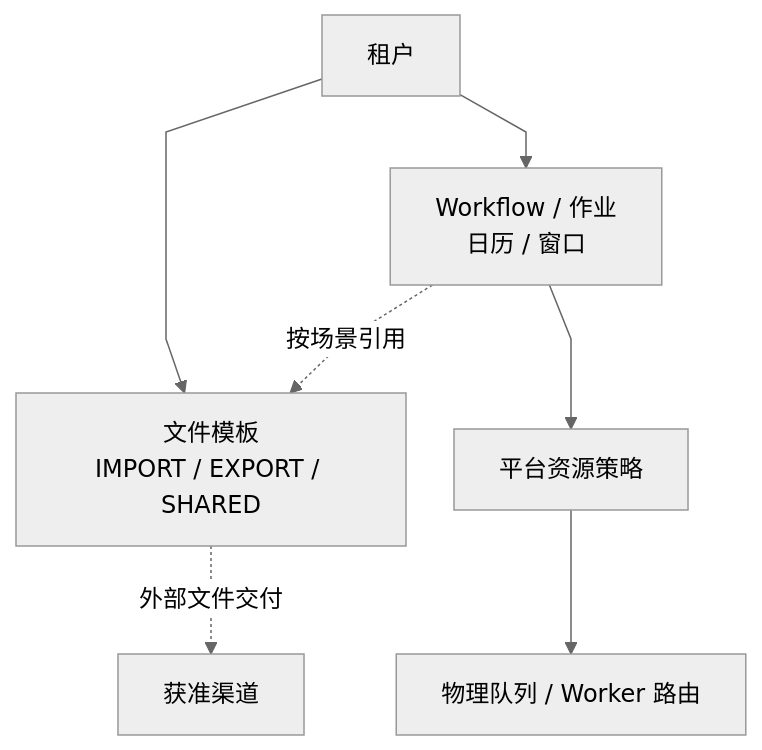
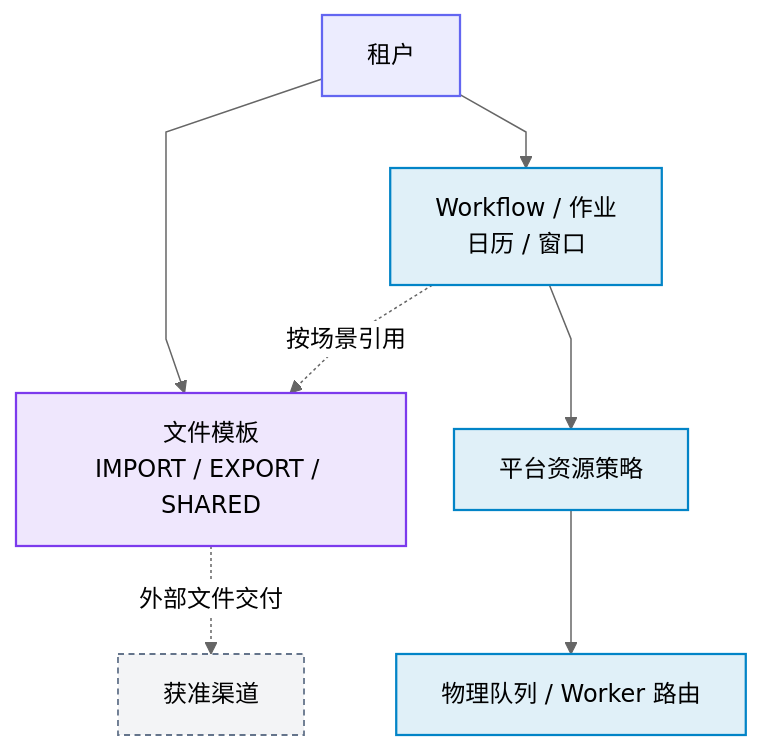
The diagram in docs/runbook/first-tenant-config-quickstart.md (pinpols/file-batch-system), drawn with Mermaid (neutral theme) before and after one commit. The commit also changed 34 other files, not shown here.

First line of the commit message:
docs(diagram): 完成 P3 Mermaid 图样式收口并补充制图规范 (#1390)

````diff
--- a/docs/runbook/first-tenant-config-quickstart.md
+++ b/docs/runbook/first-tenant-config-quickstart.md
@@ -9,10 +9,15 @@
 ```mermaid
 %%{init: {"flowchart":{"curve":"linear","nodeSpacing":32,"rankSpacing":48},"sequence":{"mirrorActors":false}}}%%
 flowchart TB
-  TENANT["租户"] --> BUSINESS["Workflow / 作业<br/>日历 / 窗口"]
-  TENANT --> TEMPLATE["文件模板<br/>IMPORT / EXPORT / SHARED"]
+  TENANT["租户"]:::entry --> BUSINESS["Workflow / 作业<br/>日历 / 窗口"]:::control
+  TENANT --> TEMPLATE["文件模板<br/>IMPORT / EXPORT / SHARED"]:::store
   BUSINESS -. "按场景引用" .-> TEMPLATE
-  TEMPLATE -. "外部文件交付" .-> CHANNEL["获准渠道"]
-  BUSINESS --> POLICY["平台资源策略"]
-  POLICY --> ROUTE["物理队列 / Worker 路由"]
+  TEMPLATE -. "外部文件交付" .-> CHANNEL["获准渠道"]:::ext
+  BUSINESS --> POLICY["平台资源策略"]:::control
+  POLICY --> ROUTE["物理队列 / Worker 路由"]:::control
+
+  classDef entry fill:#6366f11f,stroke:#6366f1,stroke-width:1.5px
+  classDef control fill:#0284c71f,stroke:#0284c7,stroke-width:1.5px
+  classDef store fill:#7c3aed1f,stroke:#7c3aed,stroke-width:1.5px
+  classDef ext fill:#64748b14,stroke:#64748b,stroke-width:1.2px,stroke-dasharray:4 3
 ```
````
